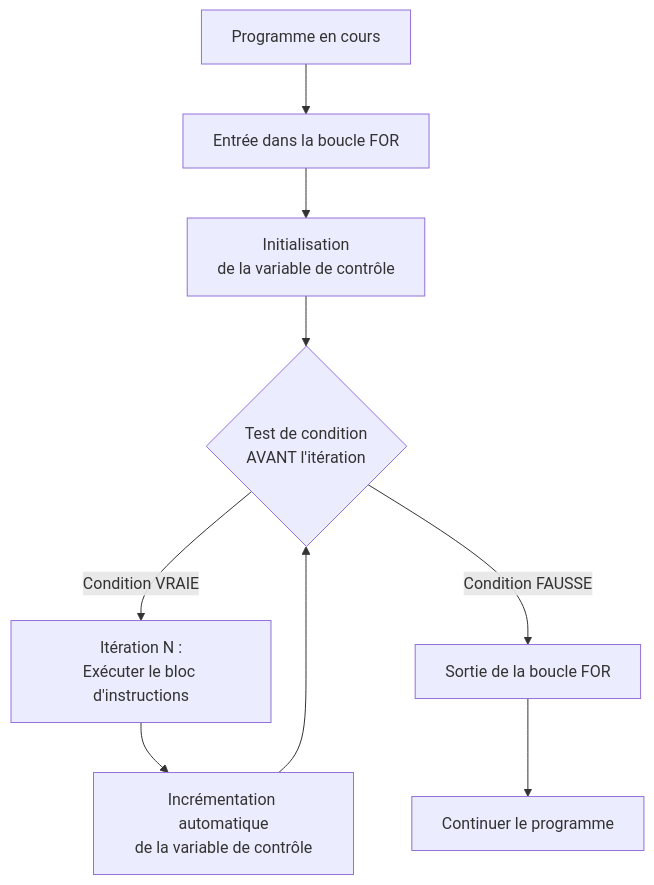
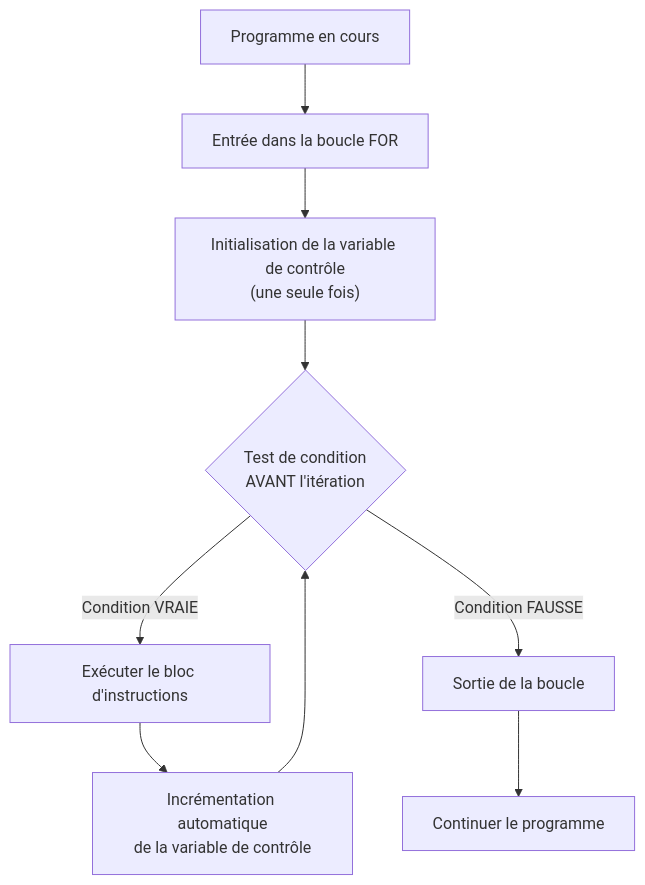
Before and after one commit to zyrass/omnydocs: the second of 5 diagrams in docs/bases/fondamentaux/structure-iteratives.md, drawn with Mermaid. The commit also changed other lines of this file and 43 other files, not shown here.

````diff
--- a/docs/bases/fondamentaux/structure-iteratives.md
+++ b/docs/bases/fondamentaux/structure-iteratives.md
@@ -159,11 +180,11 @@
 ```mermaid
-graph TD
-    A[Programme en cours] --> B[Entrée dans la boucle FOR]
-    B --> C[Initialisation<br/>de la variable de contrôle]
-    C --> D{Test de condition<br/>AVANT l'itération}
-    D -->|Condition VRAIE| E[Itération N :<br/>Exécuter le bloc d'instructions]
-    E --> F[Incrémentation automatique<br/>de la variable de contrôle]
-    F --> D
-    D -->|Condition FAUSSE| G[Sortie de la boucle FOR]
-    G --> H[Continuer le programme]
+flowchart TD
+  A["Programme en cours"] --> B["Entrée dans la boucle FOR"]
+  B --> C["Initialisation de la variable de contrôle<br />(une seule fois)"]
+  C --> D{"Test de condition<br />AVANT l'itération"}
+  D -->|"Condition VRAIE"| E["Exécuter le bloc d'instructions"]
+  E --> F["Incrémentation automatique<br />de la variable de contrôle"]
+  F --> D
+  D -->|"Condition FAUSSE"| G["Sortie de la boucle"]
+  G --> H["Continuer le programme"]
 ```
````
